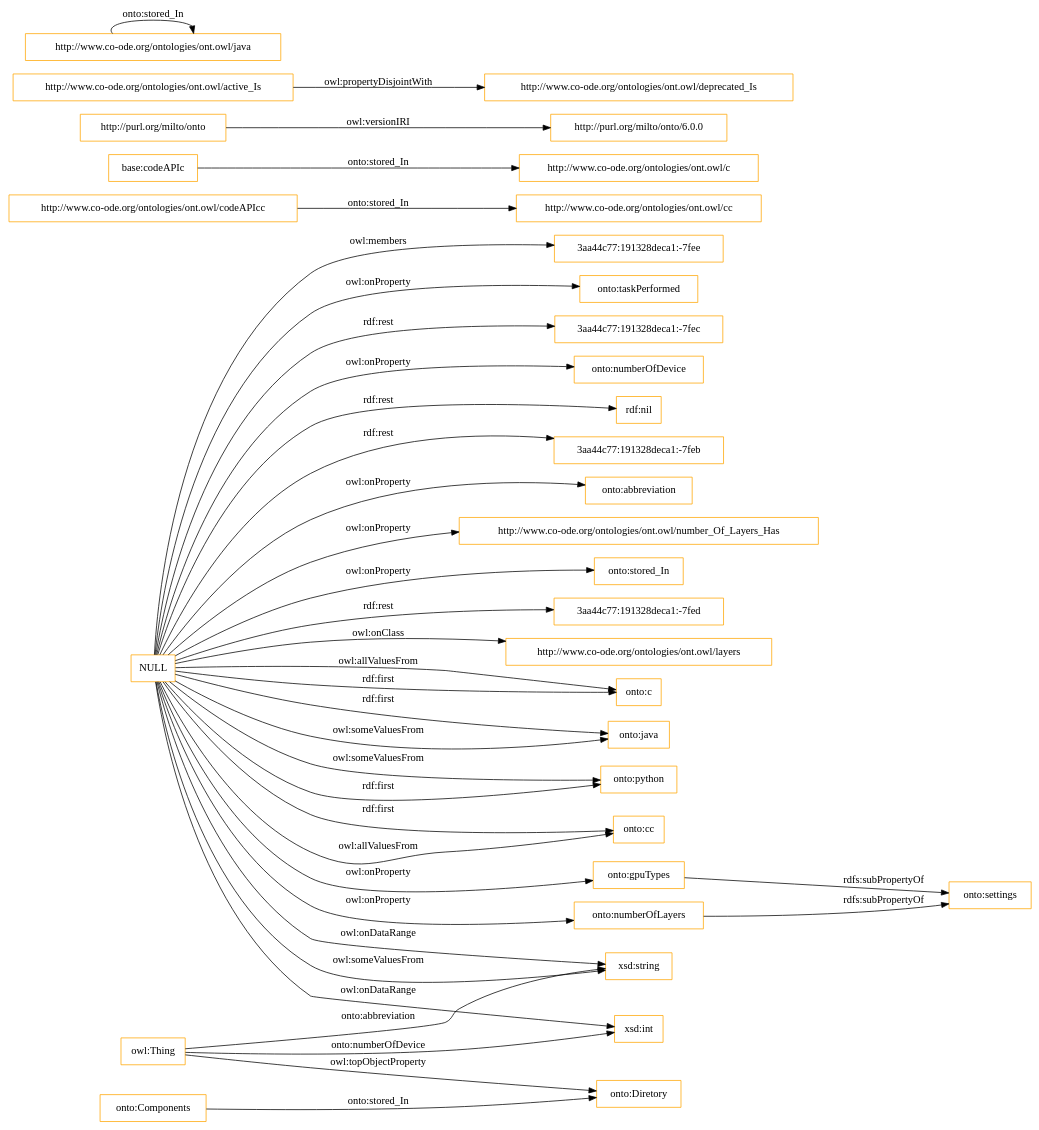
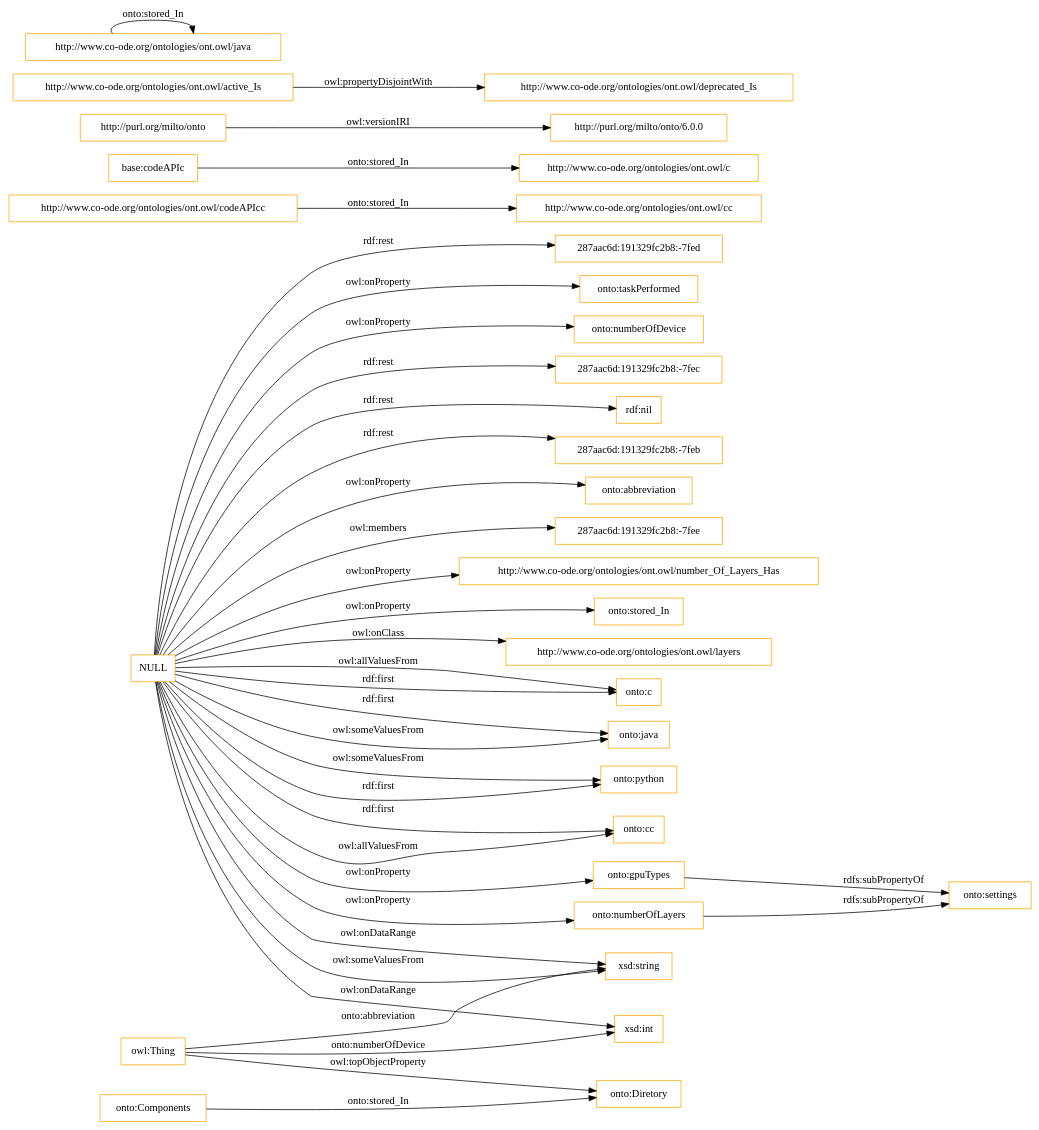
Before and after one commit to AleLocci/alelocci.github.io: the diagram in OnToology/ontology.owl/diagrams/ar2dtool-class/ontology.owl.png.dot, drawn with Graphviz. The commit also changed 5 other files, not shown here.

```diff
--- a/OnToology/ontology.owl/diagrams/ar2dtool-class/ontology.owl.png.dot
+++ b/OnToology/ontology.owl/diagrams/ar2dtool-class/ontology.owl.png.dot
@@ -1,41 +1,41 @@
 digraph ar2dtool_diagram { 
 rankdir=LR;
 size="1501"
 node [shape = rectangle, color="orange"]; "http://www.co-ode.org/ontologies/ont.owl/layers" "onto:c" "onto:Diretory" "onto:java" "onto:python" "onto:cc" "onto:Components" ; /*classes style*/
 	"onto:gpuTypes" -> "onto:settings" [ label = "rdfs:subPropertyOf" ];
 	"http://www.co-ode.org/ontologies/ont.owl/codeAPIcc" -> "http://www.co-ode.org/ontologies/ont.owl/cc" [ label = "onto:stored_In" ];
 	"base:codeAPIc" -> "http://www.co-ode.org/ontologies/ont.owl/c" [ label = "onto:stored_In" ];
 	"http://purl.org/milto/onto" -> "http://purl.org/milto/onto/6.0.0" [ label = "owl:versionIRI" ];
 	"http://www.co-ode.org/ontologies/ont.owl/active_Is" -> "http://www.co-ode.org/ontologies/ont.owl/deprecated_Is" [ label = "owl:propertyDisjointWith" ];
 	"http://www.co-ode.org/ontologies/ont.owl/java" -> "http://www.co-ode.org/ontologies/ont.owl/java" [ label = "onto:stored_In" ];
 	"NULL" -> "onto:c" [ label = "owl:allValuesFrom" ];
 	"NULL" -> "onto:java" [ label = "rdf:first" ];
 	"NULL" -> "xsd:string" [ label = "owl:someValuesFrom" ];
-	"NULL" -> "3aa44c77:191328deca1:-7fee" [ label = "owl:members" ];
+	"NULL" -> "287aac6d:191329fc2b8:-7fed" [ label = "rdf:rest" ];
 	"NULL" -> "onto:taskPerformed" [ label = "owl:onProperty" ];
-	"NULL" -> "3aa44c77:191328deca1:-7fec" [ label = "rdf:rest" ];
+	"NULL" -> "onto:numberOfDevice" [ label = "owl:onProperty" ];
+	"NULL" -> "287aac6d:191329fc2b8:-7fec" [ label = "rdf:rest" ];
 	"NULL" -> "http://www.co-ode.org/ontologies/ont.owl/layers" [ label = "owl:onClass" ];
-	"NULL" -> "onto:numberOfDevice" [ label = "owl:onProperty" ];
 	"NULL" -> "onto:java" [ label = "owl:someValuesFrom" ];
 	"NULL" -> "onto:python" [ label = "owl:someValuesFrom" ];
 	"NULL" -> "onto:numberOfLayers" [ label = "owl:onProperty" ];
 	"NULL" -> "onto:python" [ label = "rdf:first" ];
 	"NULL" -> "onto:cc" [ label = "owl:allValuesFrom" ];
 	"NULL" -> "rdf:nil" [ label = "rdf:rest" ];
 	"NULL" -> "xsd:string" [ label = "owl:onDataRange" ];
-	"NULL" -> "3aa44c77:191328deca1:-7feb" [ label = "rdf:rest" ];
+	"NULL" -> "287aac6d:191329fc2b8:-7feb" [ label = "rdf:rest" ];
 	"NULL" -> "onto:abbreviation" [ label = "owl:onProperty" ];
+	"NULL" -> "287aac6d:191329fc2b8:-7fee" [ label = "owl:members" ];
 	"NULL" -> "xsd:int" [ label = "owl:onDataRange" ];
 	"NULL" -> "onto:c" [ label = "rdf:first" ];
 	"NULL" -> "http://www.co-ode.org/ontologies/ont.owl/number_Of_Layers_Has" [ label = "owl:onProperty" ];
 	"NULL" -> "onto:stored_In" [ label = "owl:onProperty" ];
 	"NULL" -> "onto:cc" [ label = "rdf:first" ];
 	"NULL" -> "onto:gpuTypes" [ label = "owl:onProperty" ];
-	"NULL" -> "3aa44c77:191328deca1:-7fed" [ label = "rdf:rest" ];
 	"onto:numberOfLayers" -> "onto:settings" [ label = "rdfs:subPropertyOf" ];
 	"owl:Thing" -> "xsd:int" [ label = "onto:numberOfDevice" ];
 	"owl:Thing" -> "xsd:string" [ label = "onto:abbreviation" ];
 	"onto:Components" -> "onto:Diretory" [ label = "onto:stored_In" ];
 	"owl:Thing" -> "onto:Diretory" [ label = "owl:topObjectProperty" ];
 
 }
```
